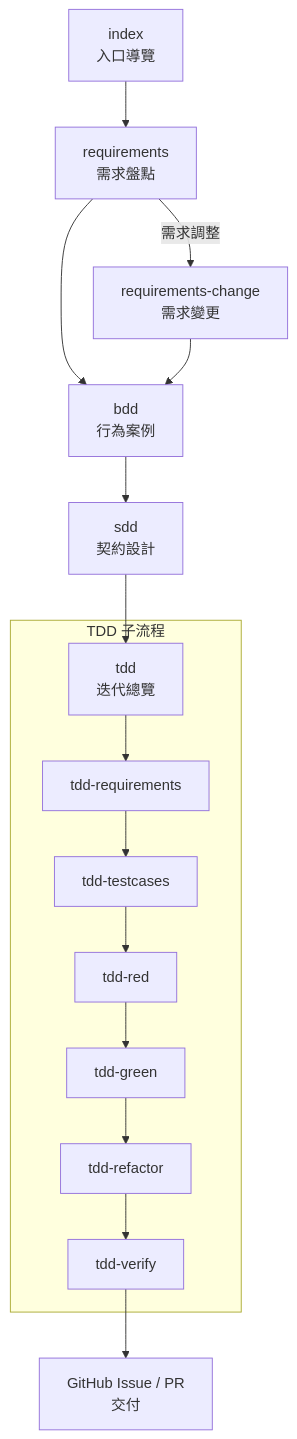
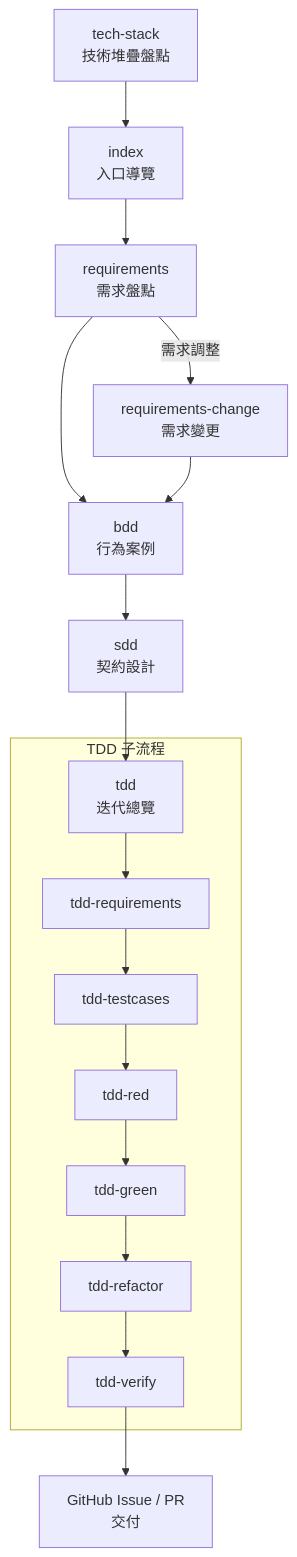
Before and after one commit to hsiangjenli/prompts: the diagram in README.md, drawn with Mermaid. The commit also changed other lines of this file and 4 other files, not shown here.

````diff
--- a/README.md
+++ b/README.md
@@ -40,25 +41,26 @@
 ```mermaid
 flowchart TB
-    PI[index
+    TS[tech-stack
+技術堆疊盤點] --> PI[index
 入口導覽] --> PRQ[requirements
 需求盤點]
     PRQ -->|需求調整| PRC[requirements-change
 需求變更]
     PRQ --> PBDD[bdd
 行為案例]
     PRC --> PBDD
     PBDD --> PSDD[sdd
 契約設計]
     PSDD --> PTDD[tdd
 迭代總覽]
     subgraph "TDD 子流程"
         PTDD --> TRQ[tdd-requirements]
         TRQ --> TTC[tdd-testcases]
         TTC --> TRD[tdd-red]
         TRD --> TGR[tdd-green]
         TGR --> TRF[tdd-refactor]
         TRF --> TVF[tdd-verify]
     end
     TVF --> GH[GitHub Issue / PR
 交付]
 ```
````
